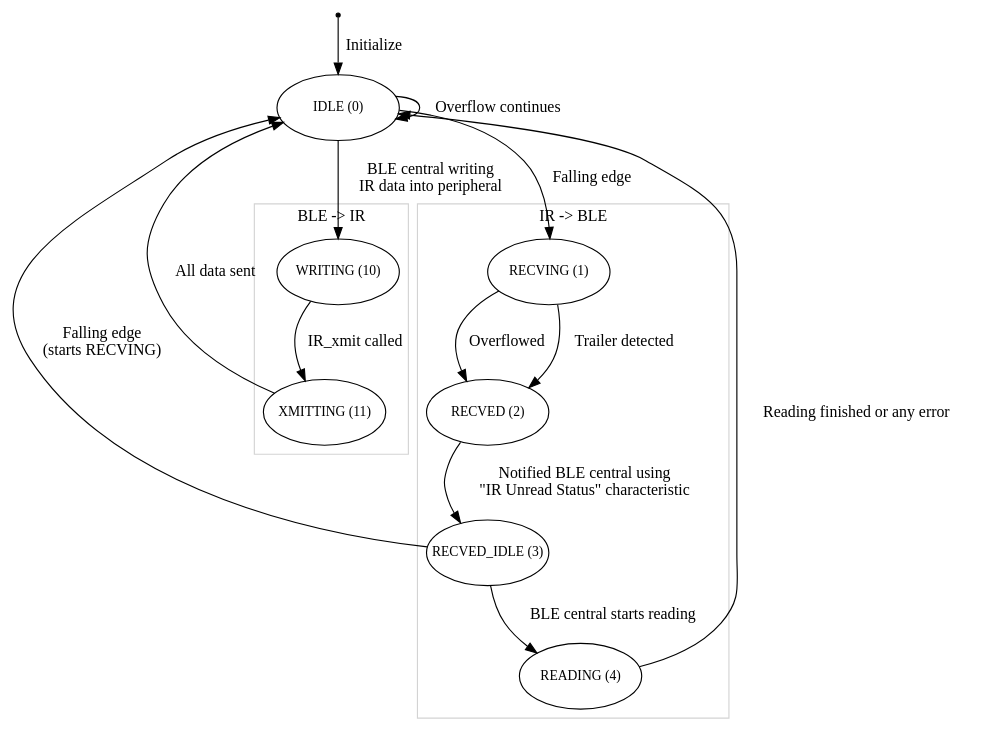
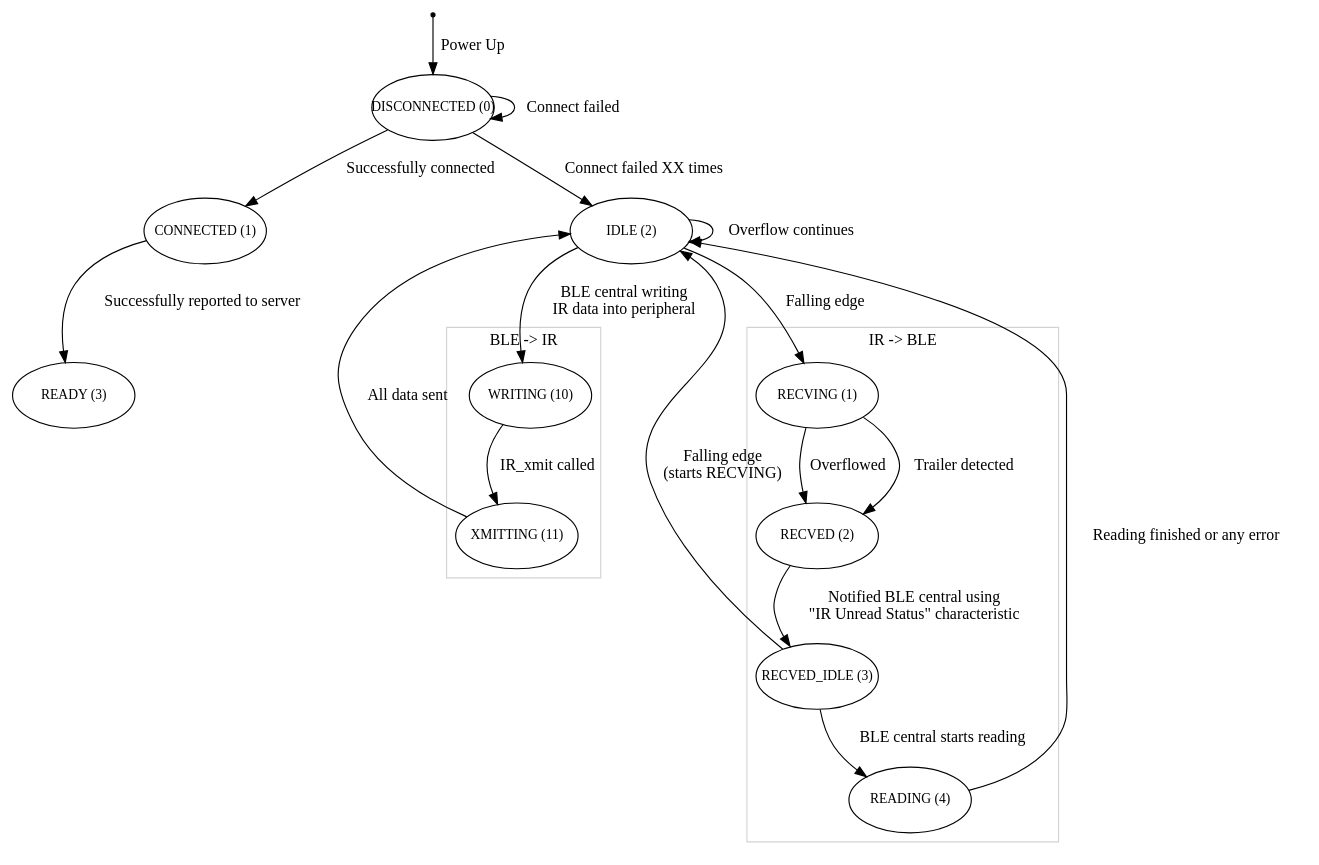
Before and after one commit to irkit/device: the diagram in spec/diagrams/ir-state.gv, drawn with Graphviz. The commit also changed 9 other files, not shown here.

Commit message:
wrote state, sequence diagram around http, ir-learn, ir-send

```diff
--- a/spec/diagrams/ir-state.gv
+++ b/spec/diagrams/ir-state.gv
@@ -1,46 +1,55 @@
 digraph ir_state {
     rankdir=TB;
 
     START [ label = "START", shape = point, fixedsize = false ];
 
     node [shape=ellipse, fontsize=12, fixedsize=true, width=1.5, height=0.8];
 
-    IDLE  [ label = "IDLE (0)" ];
-    START -> IDLE       [ label = "Initialize", weight = 100 ];
+    DISCONNECTED [ label = "DISCONNECTED (0)" ];
+    START -> DISCONNECTED [ label = "Power Up", weight = 100 ];
+
+    CONNECTED [ label = "CONNECTED (1)" ];
+    IDLE      [ label = "IDLE (2)" ];
+    DISCONNECTED -> CONNECTED    [ label = "Successfully connected" ];
+    DISCONNECTED -> DISCONNECTED [ label = "Connect failed" ];
+    DISCONNECTED -> IDLE         [ label = "Connect failed XX times" ];
+
+    READY     [ label = "READY (3)" ];
+    CONNECTED -> READY           [ label = "Successfully reported to server" ];
 
     subgraph cluster_ir {
         label = "IR -> BLE";
         color=lightgray;
         rank=source;
 
         RECVING     [ label = "RECVING (1)" ];
         RECVED      [ label = "RECVED (2)" ];
         RECVED_IDLE [ label = "RECVED_IDLE (3)" ];
         READING     [ label = "READING (4)" ];
 
         RECVING     -> RECVED      [ label = "Overflowed" ];
         RECVING     -> RECVED      [ label = "Trailer detected" ];
 
         RECVED      -> RECVED_IDLE [ label = "Notified BLE central using\n\"IR Unread Status\" characteristic" ];
         RECVED_IDLE -> READING     [ label = "BLE central starts reading" ];
 
     }
     subgraph cluster_ble {
         label = "BLE -> IR";
         color=lightgray;
         rank=source;
 
         WRITING     [ label = "WRITING (10)" ];
         XMITTING    [ label = "XMITTING (11)" ];
 
         WRITING     -> XMITTING    [ label = "IR_xmit called" ];
     }
 
     IDLE -> IDLE        [ label = "Overflow continues" ];
     IDLE -> RECVING     [ label = "Falling edge", weight = 10 ];
     IDLE -> WRITING     [ label = "BLE central writing\nIR data into peripheral", weight = 10 ];
 
     RECVED_IDLE -> IDLE [ label = "Falling edge\n(starts RECVING)" ];
     READING     -> IDLE [ label = "Reading finished or any error" ];
     XMITTING    -> IDLE [ label = "All data sent" ];
 }
```
